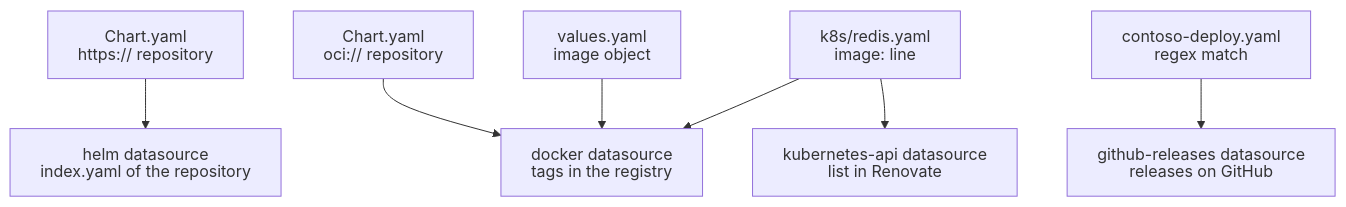
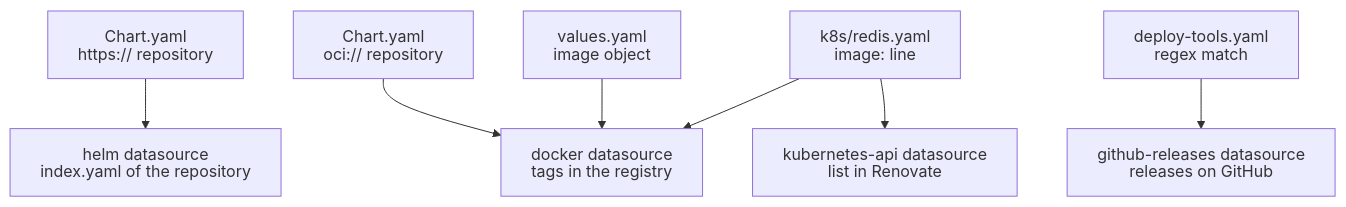
The diagram in features/09-helm-and-infrastructure/README.md (Susling/renovate-talk-examples), drawn with Mermaid before and after one commit. The commit also changed other lines of this file and 19 other files, not shown here.

````diff
--- a/features/09-helm-and-infrastructure/README.md
+++ b/features/09-helm-and-infrastructure/README.md
@@ -29,10 +29,10 @@
 ```mermaid
 %%{init: {"htmlLabels": false, "flowchart": {"htmlLabels": false, "wrappingWidth": 400}}}%%
 flowchart TD
     A["Chart.yaml<br/>https:// repository"] --> H["helm datasource<br/>index.yaml of the repository"]
     B["Chart.yaml<br/>oci:// repository"] --> D["docker datasource<br/>tags in the registry"]
     C["values.yaml<br/>image object"] --> D
     E["k8s/redis.yaml<br/>image: line"] --> D
     E --> K["kubernetes-api datasource<br/>list in Renovate"]
-    F["contoso-deploy.yaml<br/>regex match"] --> G["github-releases datasource<br/>releases on GitHub"]
+    F["deploy-tools.yaml<br/>regex match"] --> G["github-releases datasource<br/>releases on GitHub"]
 ```
````
